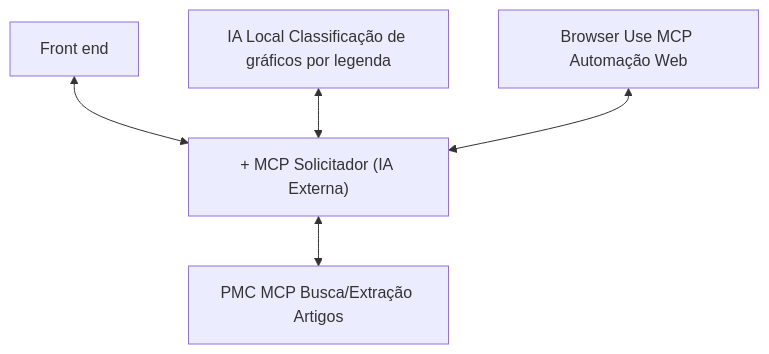
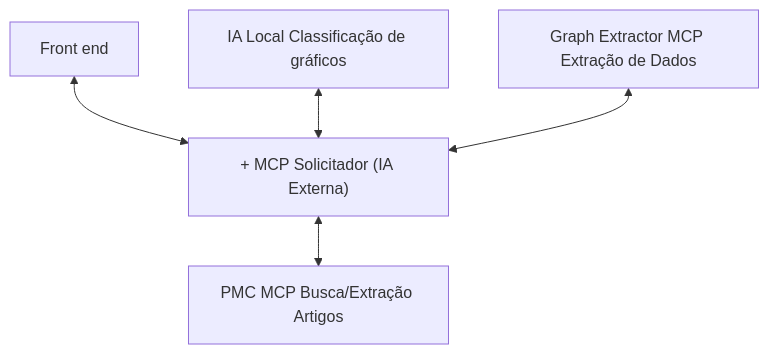
Before and after one commit to davipedro/nefarm-ai: the diagram in docs/modelagem-ameaca/01-visao-inicial.md, drawn with Mermaid. The commit also changed other lines of this file and 11 other files, not shown here.

````diff
--- a/docs/modelagem-ameaca/01-visao-inicial.md
+++ b/docs/modelagem-ameaca/01-visao-inicial.md
@@ -34,16 +34,16 @@
 ```mermaid
 ---
 config:
   theme: mc
   layout: dagre
 ---
 flowchart TD
     A["Front end"] <--> B@{ label: "<span style='color:'>+ MCP Solicitador (IA Externa)</span>" }
     B <--> n1@{ label: "<span style='color:' data-darkreader-inline-color=''>PMC MCP Busca/Extração Artigos</span>" }
-    n2@{ label: "<span style='color:' data-darkreader-inline-color=''>IA Local Classificação de gráficos por legenda</span>" } <--> B
-    n3@{ label: "<span style='color:' data-darkreader-inline-color=''>Browser Use MCP Automação Web</span>" } <--> B
+    n2@{ label: "<span style='color:' data-darkreader-inline-color=''>IA Local Classificação de gráficos</span>" } <--> B
+    n3@{ label: "<span style='color:' data-darkreader-inline-color=''>Graph Extractor MCP Extração de Dados</span>" } <--> B
     B@{ shape: rect}
     n1@{ shape: rect}
     n2@{ shape: rect}
     n3@{ shape: rect}
 ```
````
